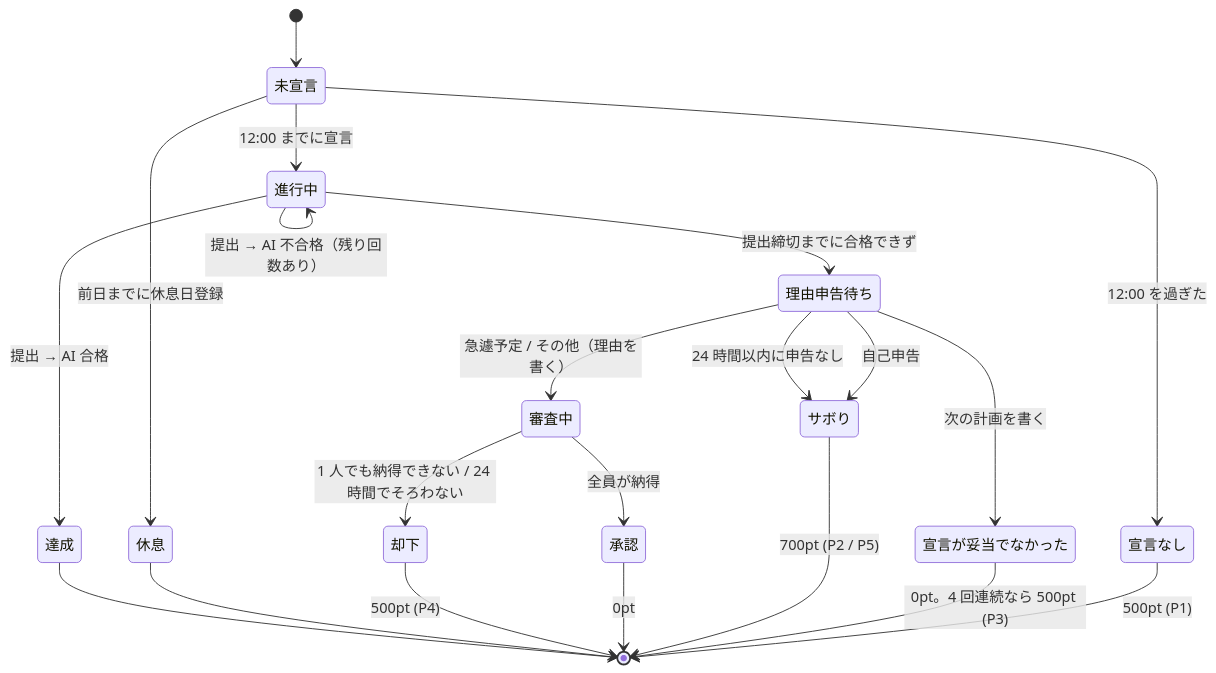
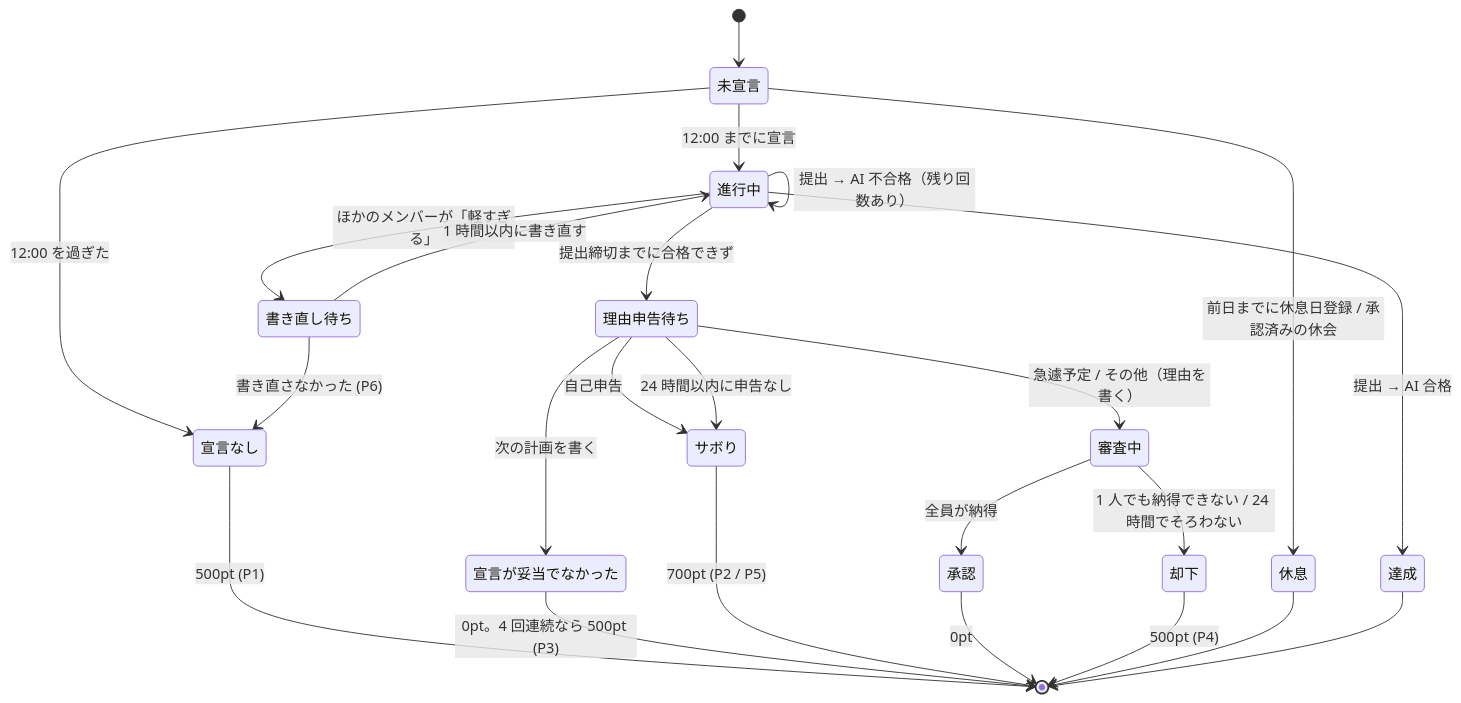
Before and after one commit to ashilal1/force-study-app: the diagram in docs/requirements.md, drawn with Mermaid. The commit also changed other lines of this file and 4 other files, not shown here.

````diff
--- a/docs/requirements.md
+++ b/docs/requirements.md
@@ -53,26 +57,29 @@
 ```mermaid
 stateDiagram-v2
     [*] --> 未宣言
-    未宣言 --> 休息: 前日までに休息日登録
+    未宣言 --> 休息: 前日までに休息日登録 / 承認済みの休会
     未宣言 --> 進行中: 12:00 までに宣言
     未宣言 --> 宣言なし: 12:00 を過ぎた
     宣言なし --> [*]: 500pt (P1)
 
+    進行中 --> 書き直し待ち: ほかのメンバーが「軽すぎる」
+    書き直し待ち --> 進行中: 1 時間以内に書き直す
+    書き直し待ち --> 宣言なし: 書き直さなかった (P6)
     進行中 --> 進行中: 提出 → AI 不合格（残り回数あり）
     進行中 --> 達成: 提出 → AI 合格
     進行中 --> 理由申告待ち: 提出締切までに合格できず
 
     理由申告待ち --> 宣言が妥当でなかった: 次の計画を書く
     理由申告待ち --> サボり: 自己申告
     理由申告待ち --> 審査中: 急遽予定 / その他（理由を書く）
     理由申告待ち --> サボり: 24 時間以内に申告なし
 
     宣言が妥当でなかった --> [*]: 0pt。4 回連続なら 500pt (P3)
     サボり --> [*]: 700pt (P2 / P5)
     審査中 --> 承認: 全員が納得
     審査中 --> 却下: 1 人でも納得できない / 24 時間でそろわない
     承認 --> [*]: 0pt
     却下 --> [*]: 500pt (P4)
     休息 --> [*]
     達成 --> [*]
 ```
````
